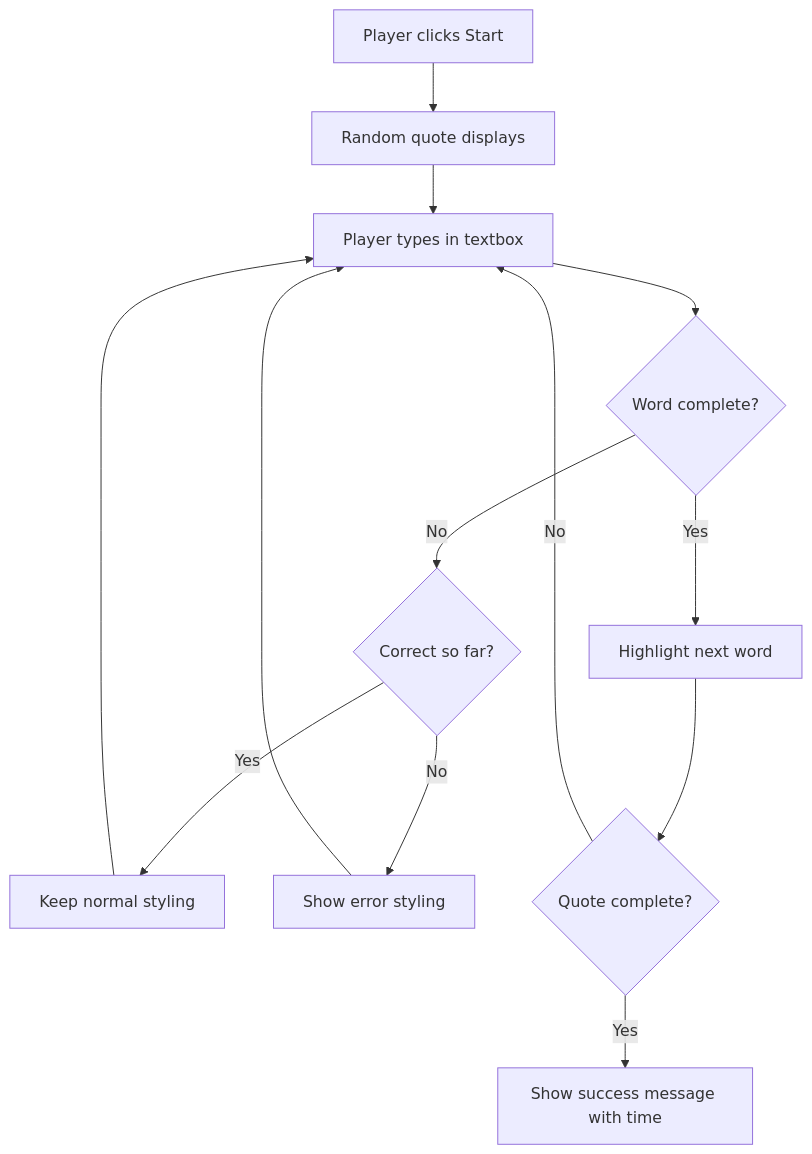
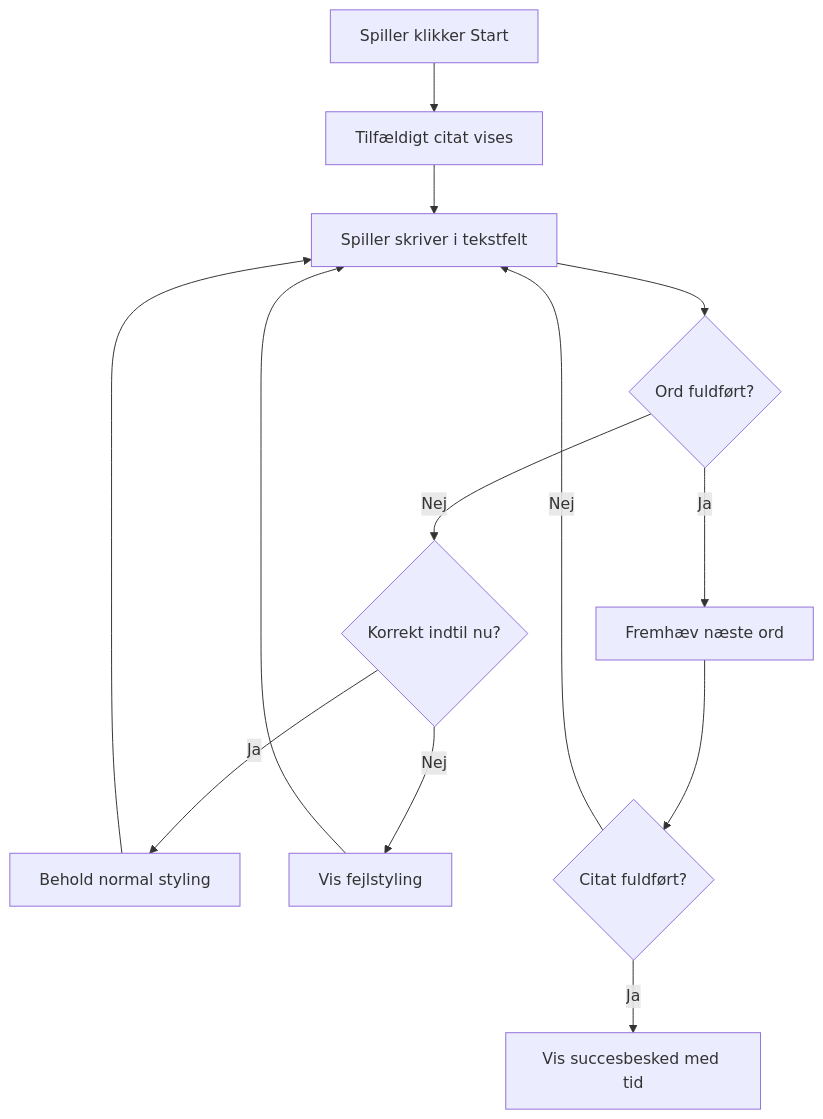
The first of 3 diagrams in translations/da/4-typing-game/typing-game/README.md (microsoft/Web-Dev-For-Beginners), drawn with Mermaid before and after one commit. The commit also changed other lines of this file and 41 other files, not shown here.

````diff
--- a/translations/da/4-typing-game/typing-game/README.md
+++ b/translations/da/4-typing-game/typing-game/README.md
@@ -69,15 +69,15 @@
 ```mermaid
 flowchart TD
-    A[Player clicks Start] --> B[Random quote displays]
-    B --> C[Player types in textbox]
-    C --> D{Word complete?}
-    D -->|Yes| E[Highlight next word]
-    D -->|No| F{Correct so far?}
-    F -->|Yes| G[Keep normal styling]
-    F -->|No| H[Show error styling]
-    E --> I{Quote complete?}
-    I -->|No| C
-    I -->|Yes| J[Show success message with time]
+    A[Spiller klikker Start] --> B[Tilfældigt citat vises]
+    B --> C[Spiller skriver i tekstfelt]
+    C --> D{Ord fuldført?}
+    D -->|Ja| E[Fremhæv næste ord]
+    D -->|Nej| F{Korrekt indtil nu?}
+    F -->|Ja| G[Behold normal styling]
+    F -->|Nej| H[Vis fejlstyling]
+    E --> I{Citat fuldført?}
+    I -->|Nej| C
+    I -->|Ja| J[Vis succesbesked med tid]
     G --> C
     H --> C
 ```
````
